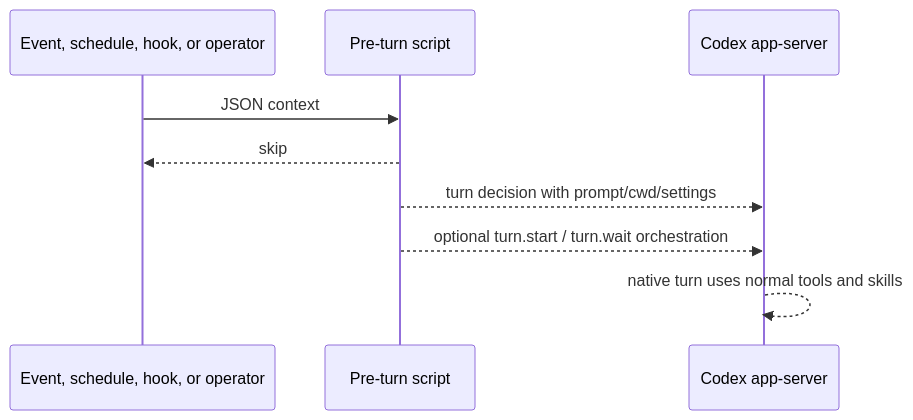
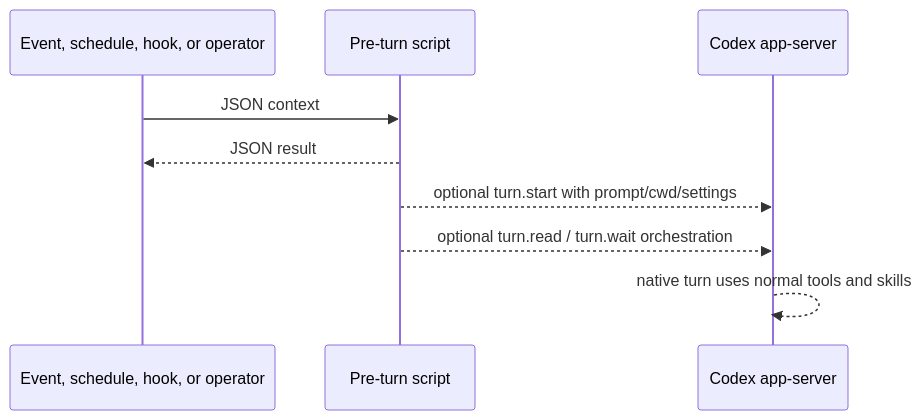
One commit to peezy-tech/codex-toys changed the diagram in docs/pages/concepts/architecture.md. Above: the diagram before and after it, drawn with Mermaid. The commit also changed 10 other files, not shown here.

````diff
--- a/docs/pages/concepts/architecture.md
+++ b/docs/pages/concepts/architecture.md
@@ -13,12 +13,12 @@
 ```mermaid
 sequenceDiagram
   participant Signal as Event, schedule, hook, or operator
   participant Script as Pre-turn script
   participant Codex as Codex app-server
 
   Signal->>Script: JSON context
-  Script-->>Signal: skip
-  Script-->>Codex: turn decision with prompt/cwd/settings
-  Script-->>Codex: optional turn.start / turn.wait orchestration
+  Script-->>Signal: JSON result
+  Script-->>Codex: optional turn.start with prompt/cwd/settings
+  Script-->>Codex: optional turn.read / turn.wait orchestration
   Codex-->>Codex: native turn uses normal tools and skills
 ```
````
